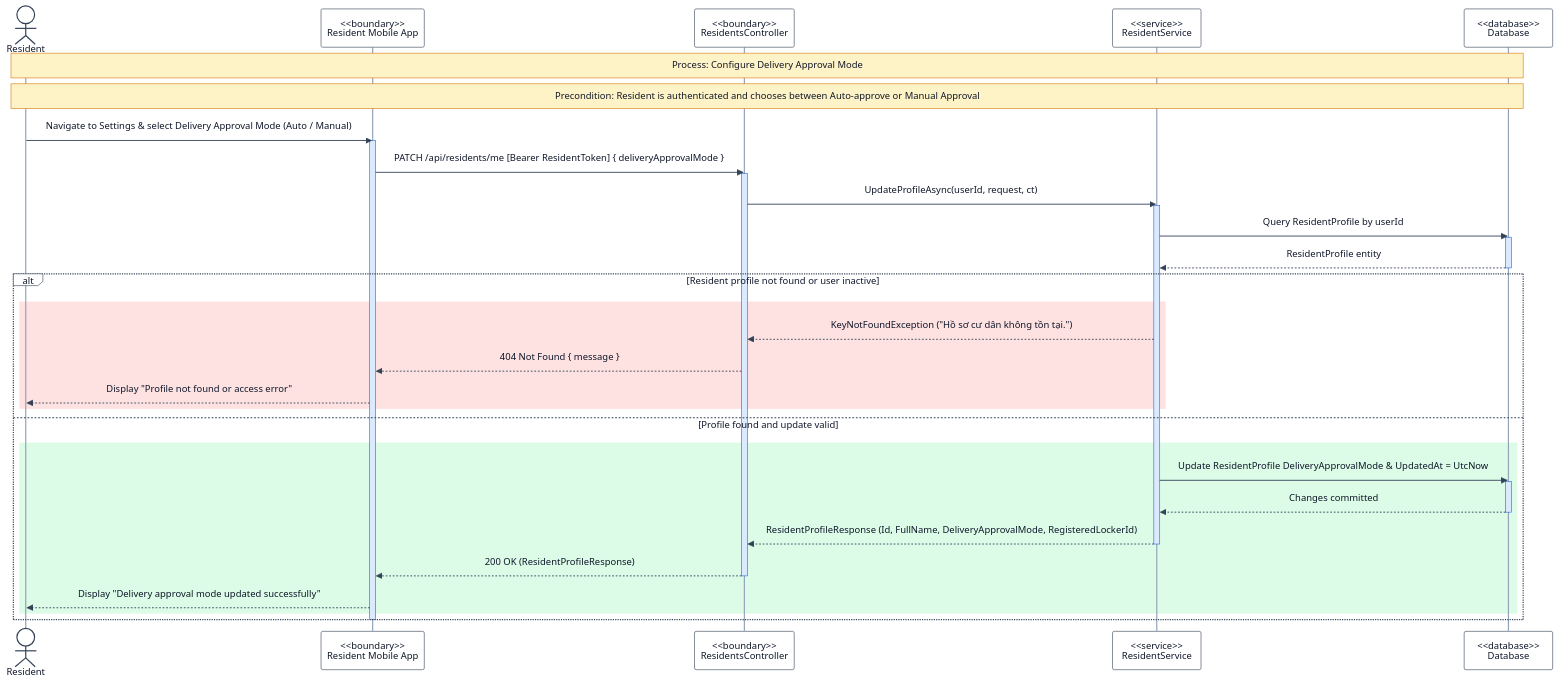
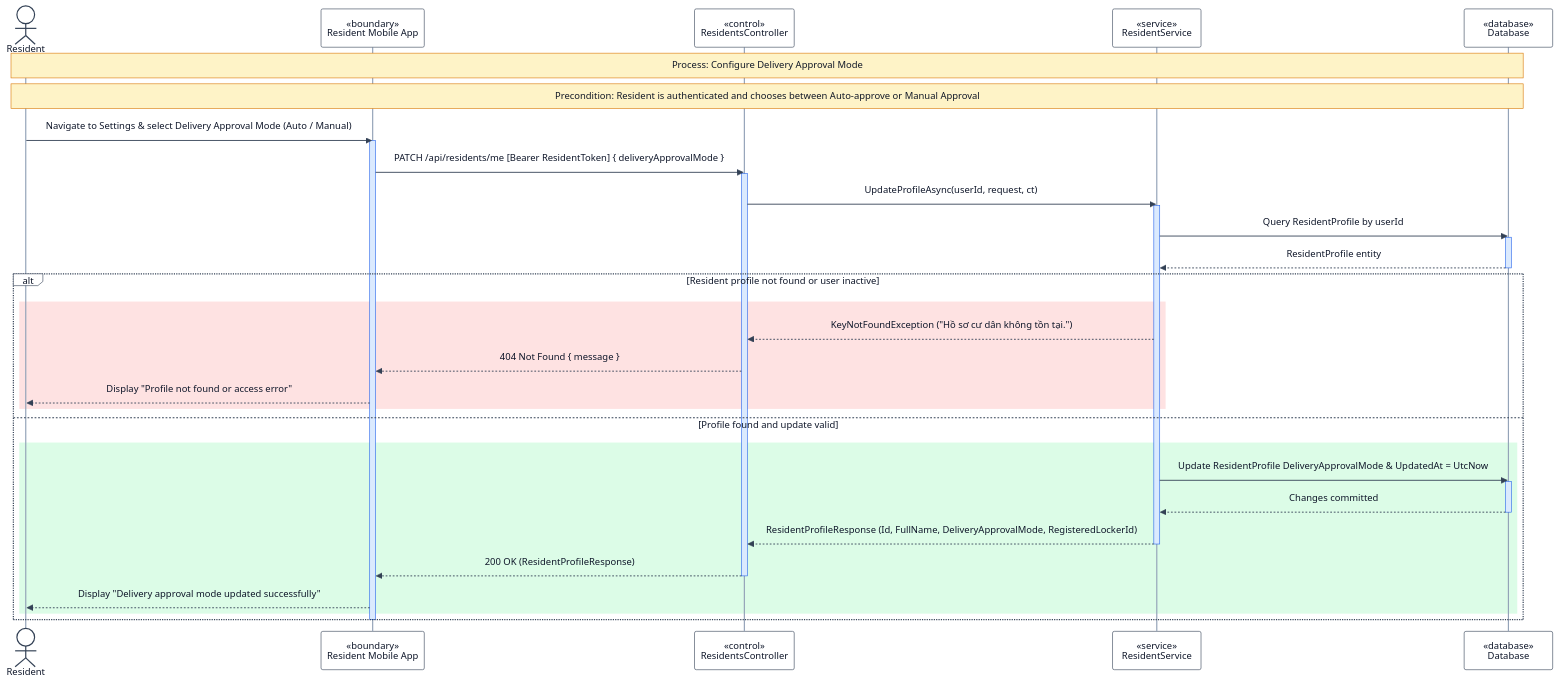
Before and after one commit to se-05-sdlms/smart-locking-diagram: the diagram in RP4/3.6 Resident Account, Preferences & Parcel Management/3.6.5 Configure Delivery Approval Mode Sequence Diagram.md, drawn with Mermaid. The commit also changed 36 other files, not shown here.

Commit message:
Update diagram

````diff
--- a/RP4/3.6 Resident Account, Preferences & Parcel Management/3.6.5 Configure Delivery Approval Mode Sequence Diagram.md
+++ b/RP4/3.6 Resident Account, Preferences & Parcel Management/3.6.5 Configure Delivery Approval Mode Sequence Diagram.md
@@ -3,66 +3,66 @@
 ```mermaid
 %%{init: {
   "theme": "base",
   "themeVariables": {
     "actorBkg": "#FFFFFF",
     "actorBorder": "#334155",
     "actorTextColor": "#0F172A",
     "actorLineColor": "#94A3B8",
     "signalColor": "#334155",
     "signalTextColor": "#0F172A",
     "activationBkgColor": "#DBEAFE",
     "activationBorderColor": "#2563EB",
     "noteBkgColor": "#FEF3C7",
     "noteBorderColor": "#D97706",
     "noteTextColor": "#111827"
   }
 }}%%
 
 sequenceDiagram
 
 actor RES as Resident
-participant APP as <<boundary>><br/>Resident Mobile App
-participant CTRL as <<boundary>><br/>ResidentsController
-participant SVC as <<service>><br/>ResidentService
-participant DB as <<database>><br/>Database
+participant APP as «boundary»<br/>Resident Mobile App
+participant CTRL as «control»<br/>ResidentsController
+participant SVC as «service»<br/>ResidentService
+participant DB as «database»<br/>Database
 
 Note over RES,DB: Process: Configure Delivery Approval Mode
 Note over RES,DB: Precondition: Resident is authenticated and chooses between Auto-approve or Manual Approval
 
 RES->>APP: Navigate to Settings & select Delivery Approval Mode (Auto / Manual)
 activate APP
 
 APP->>CTRL: PATCH /api/residents/me [Bearer ResidentToken] { deliveryApprovalMode }
 activate CTRL
 
 CTRL->>SVC: UpdateProfileAsync(userId, request, ct)
 activate SVC
 
 SVC->>DB: Query ResidentProfile by userId
 activate DB
 DB-->>SVC: ResidentProfile entity
 deactivate DB
 
 alt Resident profile not found or user inactive
   rect rgb(254,226,226)
     SVC-->>CTRL: KeyNotFoundException ("Hồ sơ cư dân không tồn tại.")
     CTRL-->>APP: 404 Not Found { message }
     APP-->>RES: Display "Profile not found or access error"
   end
 else Profile found and update valid
   rect rgb(220,252,231)
     SVC->>DB: Update ResidentProfile DeliveryApprovalMode & UpdatedAt = UtcNow
     activate DB
     DB-->>SVC: Changes committed
     deactivate DB
 
     SVC-->>CTRL: ResidentProfileResponse (Id, FullName, DeliveryApprovalMode, RegisteredLockerId)
     deactivate SVC
     CTRL-->>APP: 200 OK (ResidentProfileResponse)
     deactivate CTRL
     APP-->>RES: Display "Delivery approval mode updated successfully"
   end
 end
 
 deactivate APP
 ```
````
